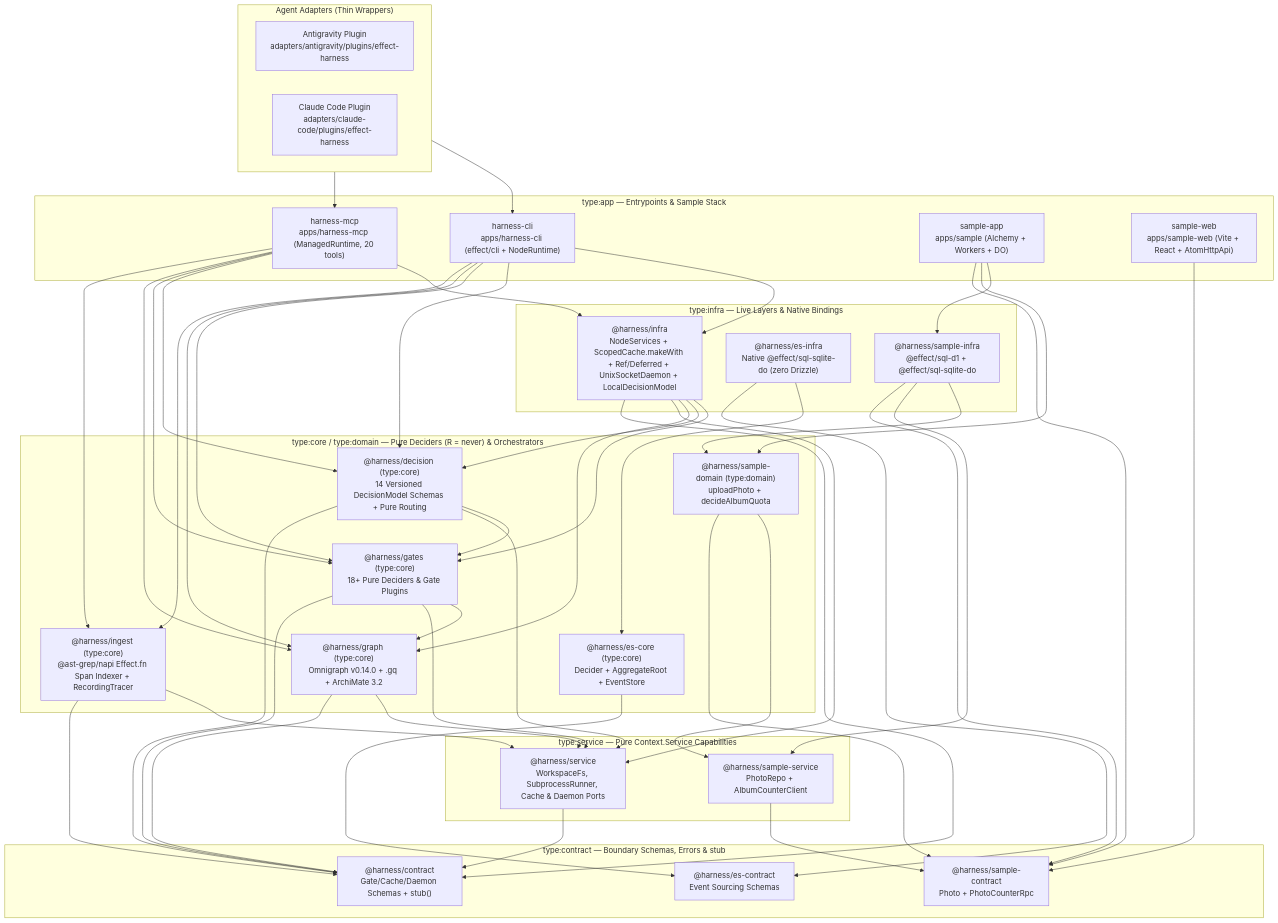
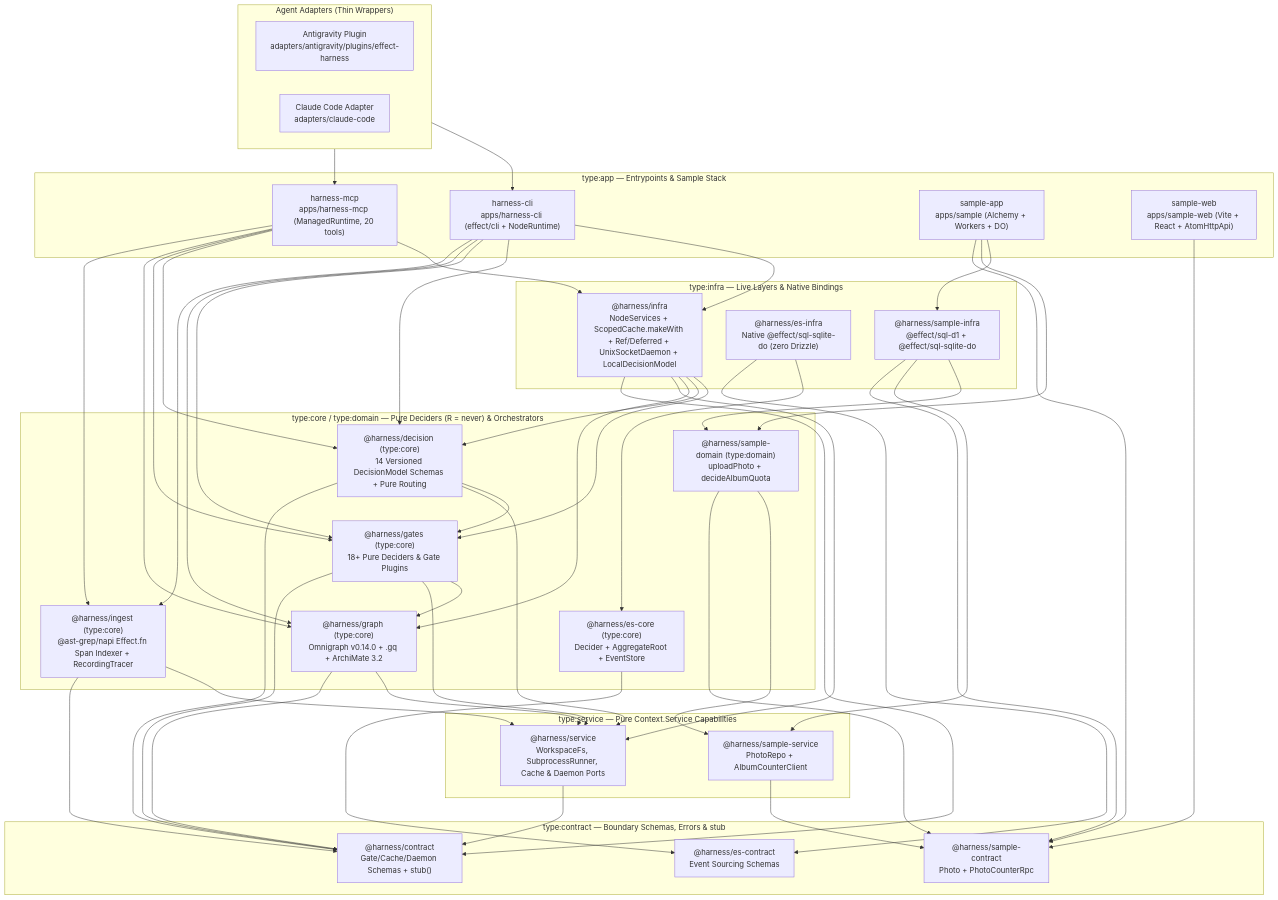
The first of 2 diagrams in README.md (selmeci/effect-ts-harness), drawn with Mermaid before and after one commit. The commit also changed other lines of this file and 72 other files, not shown here.

````diff
--- a/README.md
+++ b/README.md
@@ -31,58 +31,58 @@
 ```mermaid
 flowchart TD
   subgraph Adapters["Agent Adapters (Thin Wrappers)"]
     AGY["Antigravity Plugin\nadapters/antigravity/plugins/effect-harness"]
-    CC["Claude Code Plugin\nadapters/claude-code/plugins/effect-harness"]
+    CC["Claude Code Adapter\nadapters/claude-code"]
   end
 
   subgraph Apps["type:app — Entrypoints & Sample Stack"]
     CLI["harness-cli\napps/harness-cli (effect/cli + NodeRuntime)"]
     MCP["harness-mcp\napps/harness-mcp (ManagedRuntime, 20 tools)"]
     SAMPLE["sample-app\napps/sample (Alchemy + Workers + DO)"]
     SAMPLE_WEB["sample-web\napps/sample-web (Vite + React + AtomHttpApi)"]
   end
 
   subgraph Infra["type:infra — Live Layers & Native Bindings"]
     HARNESS_INFRA["@harness/infra\nNodeServices + ScopedCache.makeWith + Ref/Deferred + UnixSocketDaemon + LocalDecisionModel"]
     ES_INFRA["@harness/es-infra\nNative @effect/sql-sqlite-do (zero Drizzle)"]
     SAMPLE_INFRA["@harness/sample-infra\n@effect/sql-d1 + @effect/sql-sqlite-do"]
   end
 
   subgraph CoreDomain["type:core / type:domain — Pure Deciders (R = never) & Orchestrators"]
     GATES["@harness/gates (type:core)\n18+ Pure Deciders & Gate Plugins"]
     GRAPH["@harness/graph (type:core)\nOmnigraph v0.14.0 + .gq + ArchiMate 3.2"]
     INGEST["@harness/ingest (type:core)\n@ast-grep/napi Effect.fn Span Indexer + RecordingTracer"]
     DECISION["@harness/decision (type:core)\n14 Versioned DecisionModel Schemas + Pure Routing"]
     ES_CORE["@harness/es-core (type:core)\nDecider + AggregateRoot + EventStore"]
     SAMPLE_DOM["@harness/sample-domain (type:domain)\nuploadPhoto + decideAlbumQuota"]
   end
 
   subgraph Services["type:service — Pure Context.Service Capabilities"]
     HARNESS_SVC["@harness/service\nWorkspaceFs, SubprocessRunner, Cache & Daemon Ports"]
     SAMPLE_SVC["@harness/sample-service\nPhotoRepo + AlbumCounterClient"]
   end
 
   subgraph Contracts["type:contract — Boundary Schemas, Errors & stub"]
     HARNESS_CON["@harness/contract\nGate/Cache/Daemon Schemas + stub<A,E,R>()"]
     ES_CON["@harness/es-contract\nEvent Sourcing Schemas"]
     SAMPLE_CON["@harness/sample-contract\nPhoto + PhotoCounterRpc"]
   end
 
   Adapters --> CLI
   Adapters --> MCP
   CLI --> HARNESS_INFRA & DECISION & GATES & GRAPH & INGEST
   MCP --> HARNESS_INFRA & DECISION & GATES & GRAPH & INGEST
   HARNESS_INFRA --> GATES & DECISION & GRAPH & HARNESS_SVC & HARNESS_CON
   DECISION --> GATES & HARNESS_SVC & HARNESS_CON
   GATES --> GRAPH & HARNESS_SVC & HARNESS_CON
   GRAPH --> HARNESS_SVC & HARNESS_CON
   INGEST --> HARNESS_SVC & HARNESS_CON
   HARNESS_SVC --> HARNESS_CON
   SAMPLE --> SAMPLE_INFRA & SAMPLE_DOM & SAMPLE_CON
   SAMPLE_WEB --> SAMPLE_CON
   SAMPLE_INFRA --> SAMPLE_DOM & SAMPLE_SVC & SAMPLE_CON
   SAMPLE_DOM --> SAMPLE_SVC & SAMPLE_CON
   SAMPLE_SVC --> SAMPLE_CON
   ES_INFRA --> ES_CORE & ES_CON
   ES_CORE --> ES_CON
 ```
````
